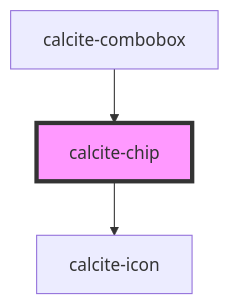
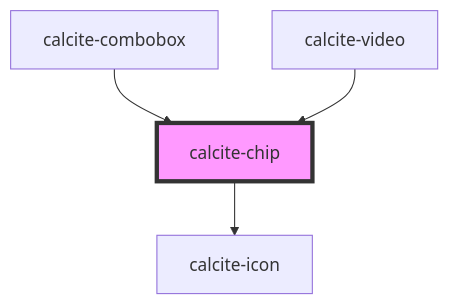
One commit to Esri/calcite-design-system changed the diagram in src/components/calcite-chip/readme.md. Above: the diagram before and after it, drawn with Mermaid. The commit also changed other lines of this file and 13 other files, not shown here.

````diff
--- a/src/components/calcite-chip/readme.md
+++ b/src/components/calcite-chip/readme.md
@@ -37,6 +36,7 @@
 ```mermaid
 graph TD;
   calcite-chip --> calcite-icon
   calcite-combobox --> calcite-chip
+  calcite-video --> calcite-chip
   style calcite-chip fill:#f9f,stroke:#333,stroke-width:4px
 ```
````
